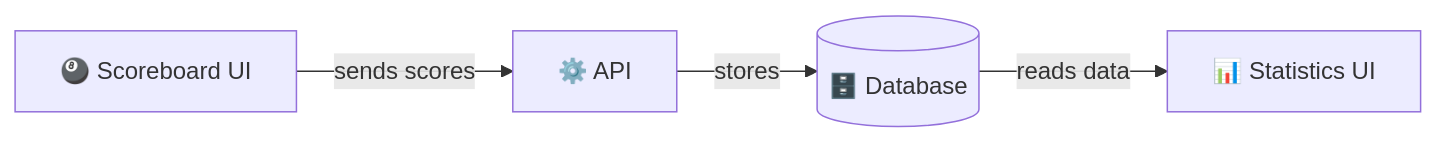
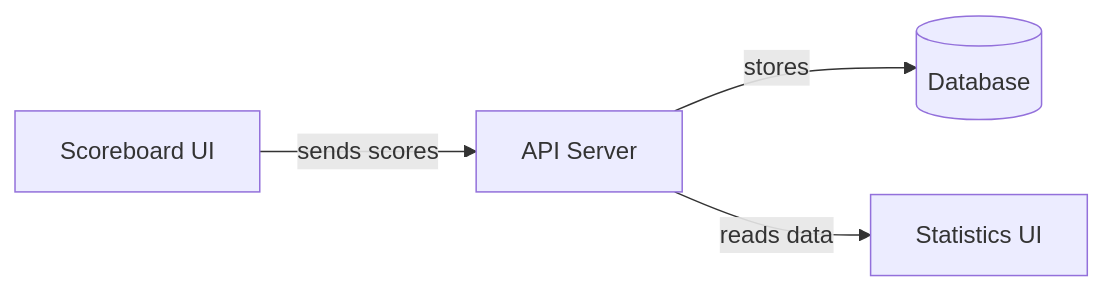
Before and after one commit to dennisfurrer/rrsb-mono: the first of 2 diagrams in apps/docs/src/content/docs/overview/welcome.md, drawn with Mermaid. The commit also changed other lines of this file and 13 other files, not shown here.

````diff
--- a/apps/docs/src/content/docs/overview/welcome.md
+++ b/apps/docs/src/content/docs/overview/welcome.md
@@ -43,11 +43,6 @@
 ```mermaid
 flowchart LR
-    S["🎱 Scoreboard UI"]
-    A["⚙️ API"]
-    D[("🗄️ Database")]
-    T["📊 Statistics UI"]
-
-    S -- "sends scores" --> A
-    A -- "stores" --> D
-    D -- "reads data" --> T
+    S[Scoreboard UI] -- sends scores --> A[API Server]
+    A -- stores --> D[(Database)]
+    A -- reads data --> T[Statistics UI]
 ```
````
